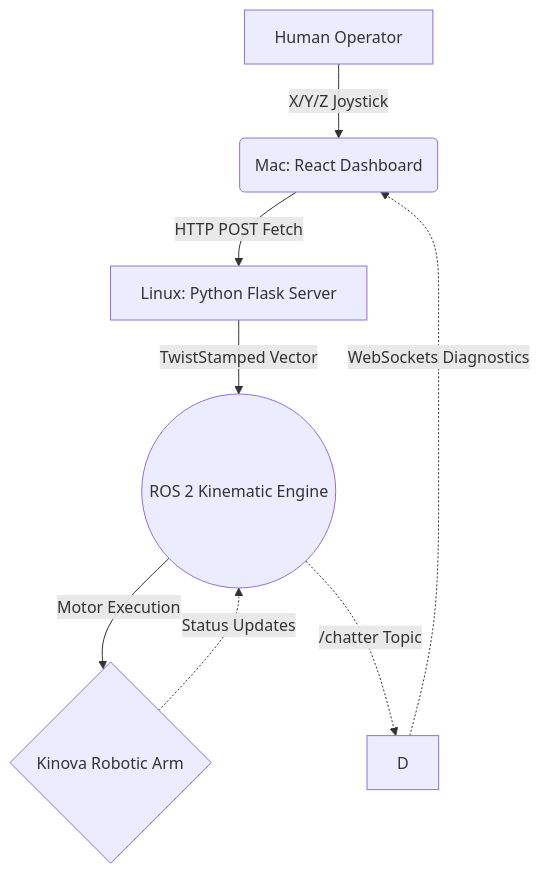
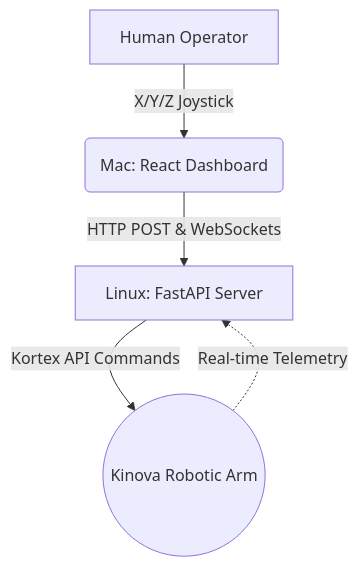
The diagram in README.md (CalebHarris29/amazon-ftr-15), drawn with Mermaid before and after one commit. The commit also changed other lines of this file, not shown here.

````diff
--- a/README.md
+++ b/README.md
@@ -20,10 +20,7 @@
 ```mermaid
 graph TD;
     A[Human Operator] -->|X/Y/Z Joystick| B(Mac: React Dashboard);
-    B -->|HTTP POST Fetch| C[Linux: Python Flask Server];
-    D -.->|WebSockets Diagnostics| B;
-    C -->|TwistStamped Vector| E((ROS 2 Kinematic Engine));
-    E -->|Motor Execution| F{Kinova Robotic Arm};
-    F -.->|Status Updates| E;
-    E -.->|/chatter Topic| D;
+    B -->|HTTP POST & WebSockets| C[Linux: FastAPI Server];
+    C -->|Kortex API Commands| D((Kinova Robotic Arm));
+    D -.->|Real-time Telemetry| C;
 ```
````
